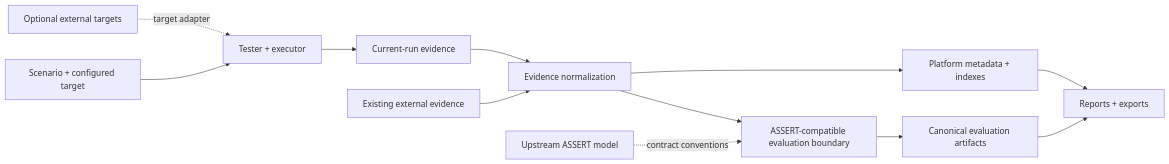
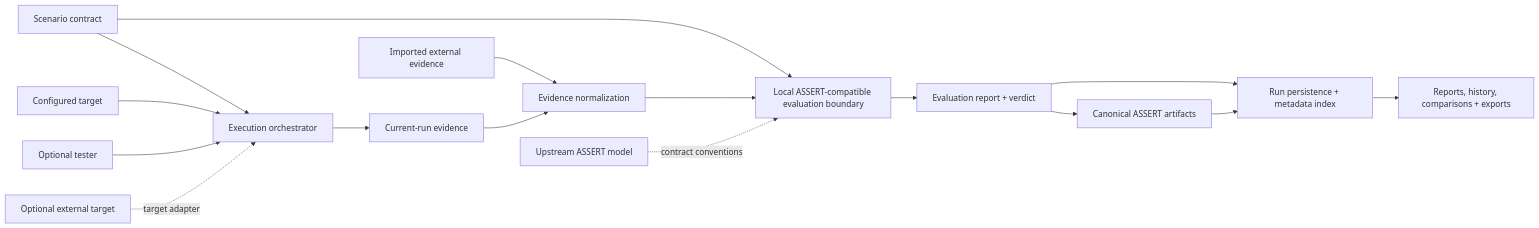
One commit to agonza1/ConversationAgentEvals changed the first of 2 diagrams in README.md. Above: the diagram before and after it, drawn with Mermaid.

Commit message:
Correct README architecture flow

````diff
--- a/README.md
+++ b/README.md
@@ -86,14 +86,22 @@
 ```mermaid
 flowchart LR
-  Scenario["Scenario + configured target"] --> Execute["Tester + executor"]
+  Scenario["Scenario contract"] --> Execute["Execution orchestrator"]
+  Target["Configured target"] --> Execute
+  Tester["Optional tester"] --> Execute
+  OptionalTarget["Optional external target"] -. "target adapter" .-> Execute
+
   Execute --> CurrentEvidence["Current-run evidence"]
-  ExistingEvidence["Existing external evidence"] --> Normalize["Evidence normalization"]
+  ExternalEvidence["Imported external evidence"] --> Normalize["Evidence normalization"]
   CurrentEvidence --> Normalize
-  Normalize --> Evaluate["ASSERT-compatible evaluation boundary"]
-  Evaluate --> Artifacts["Canonical evaluation artifacts"]
-  Normalize --> Metadata["Platform metadata + indexes"]
-  Artifacts --> Reports["Reports + exports"]
-  Metadata --> Reports
-  OptionalTargets["Optional external targets"] -. "target adapter" .-> Execute
+
+  Scenario --> Evaluate["Local ASSERT-compatible evaluation boundary"]
+  Normalize --> Evaluate
   ASSERT["Upstream ASSERT model"] -. "contract conventions" .-> Evaluate
+
+  Evaluate --> Result["Evaluation report + verdict"]
+  Result --> Artifacts["Canonical ASSERT artifacts"]
+  Result --> Persist["Run persistence + metadata index"]
+  Artifacts --> Persist
+
+  Persist --> Reports["Reports, history, comparisons + exports"]
 ```
````
